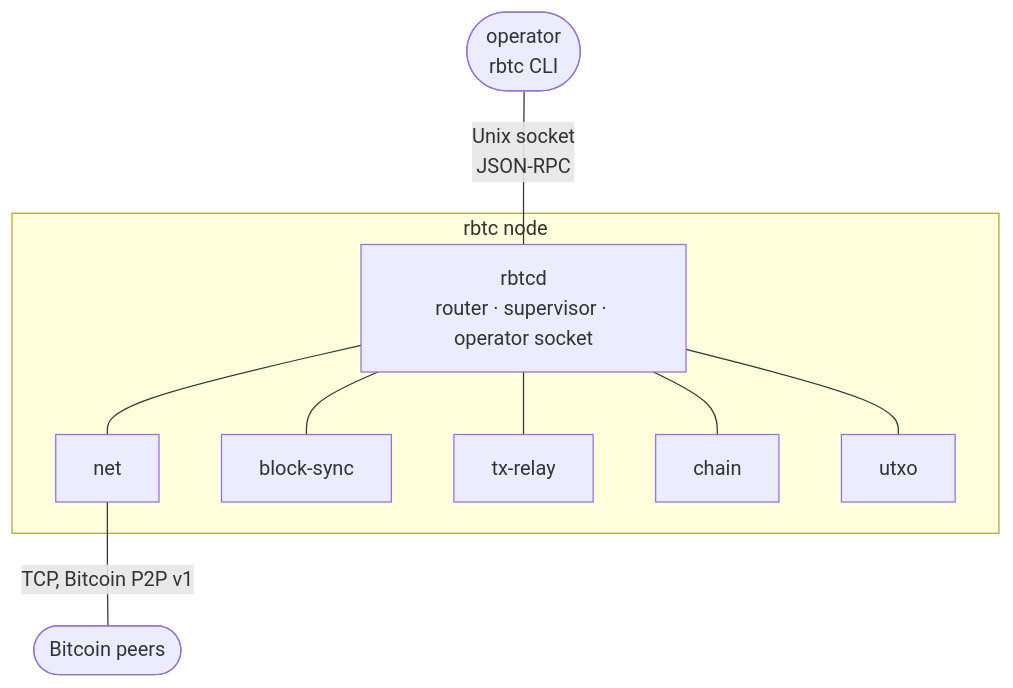
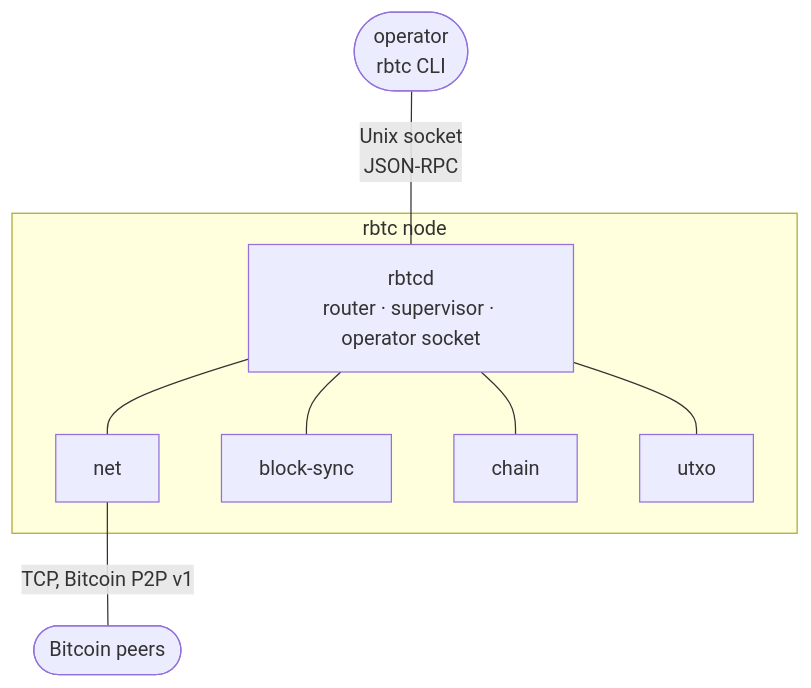
The first of 3 diagrams in docs/architecture/overview.md (RustBTCD/btcd), drawn with Mermaid before and after one commit. The commit also changed other lines of this file and 31 other files, not shown here.

````diff
--- a/docs/architecture/overview.md
+++ b/docs/architecture/overview.md
@@ -5,22 +5,20 @@
 ```mermaid
 flowchart TB
     operator(["operator<br/>rbtc CLI"])
     peers(["Bitcoin peers"])
 
     subgraph node["rbtc node"]
         main["rbtcd<br/>router · supervisor · operator socket"]
         net["net"]
         blocksync["block-sync"]
-        txrelay["tx-relay"]
         chain["chain"]
         utxo["utxo"]
     end
 
     operator -- "Unix socket<br/>JSON-RPC" --- main
     main --- net
     main --- blocksync
-    main --- txrelay
     main --- chain
     main --- utxo
     net -- "TCP, Bitcoin P2P v1" --- peers
 ```
````
